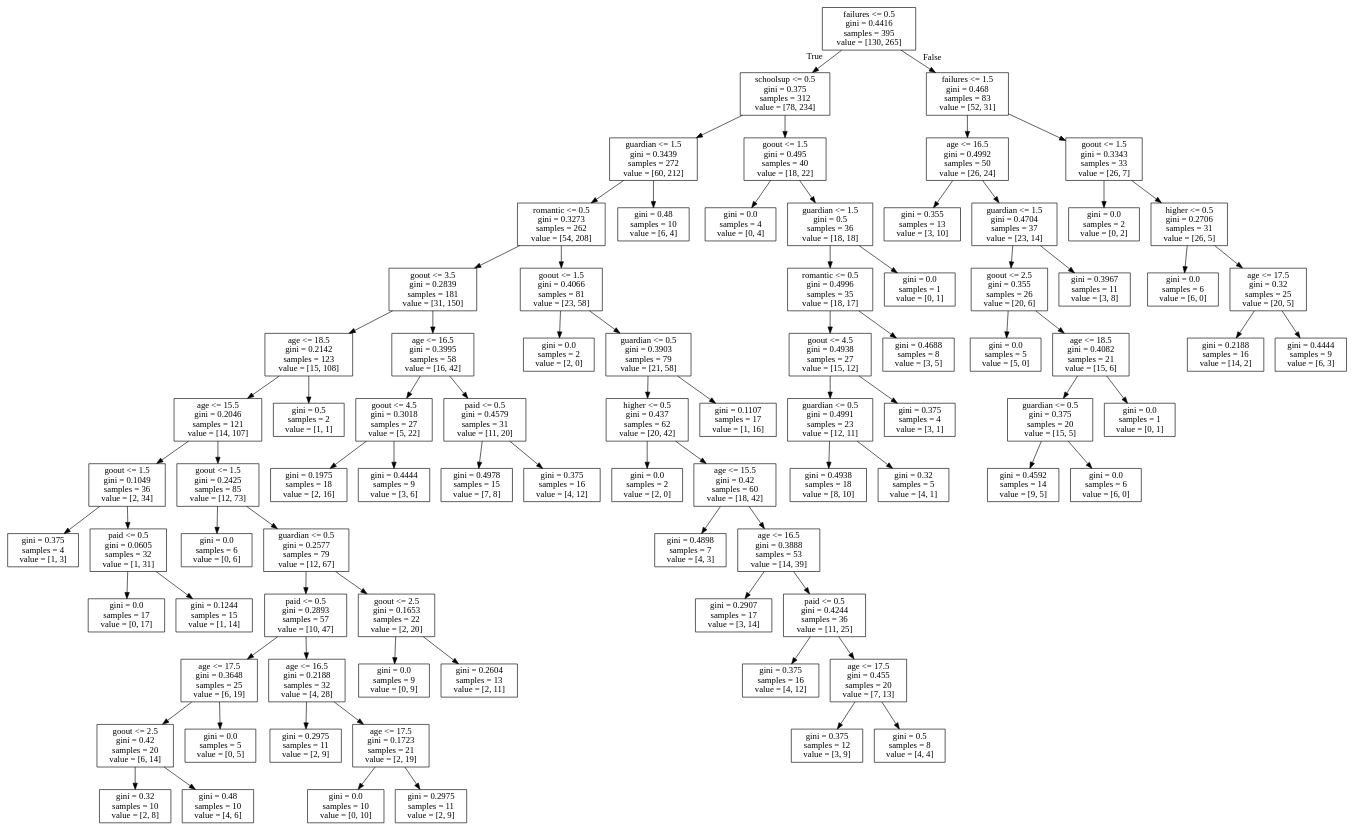
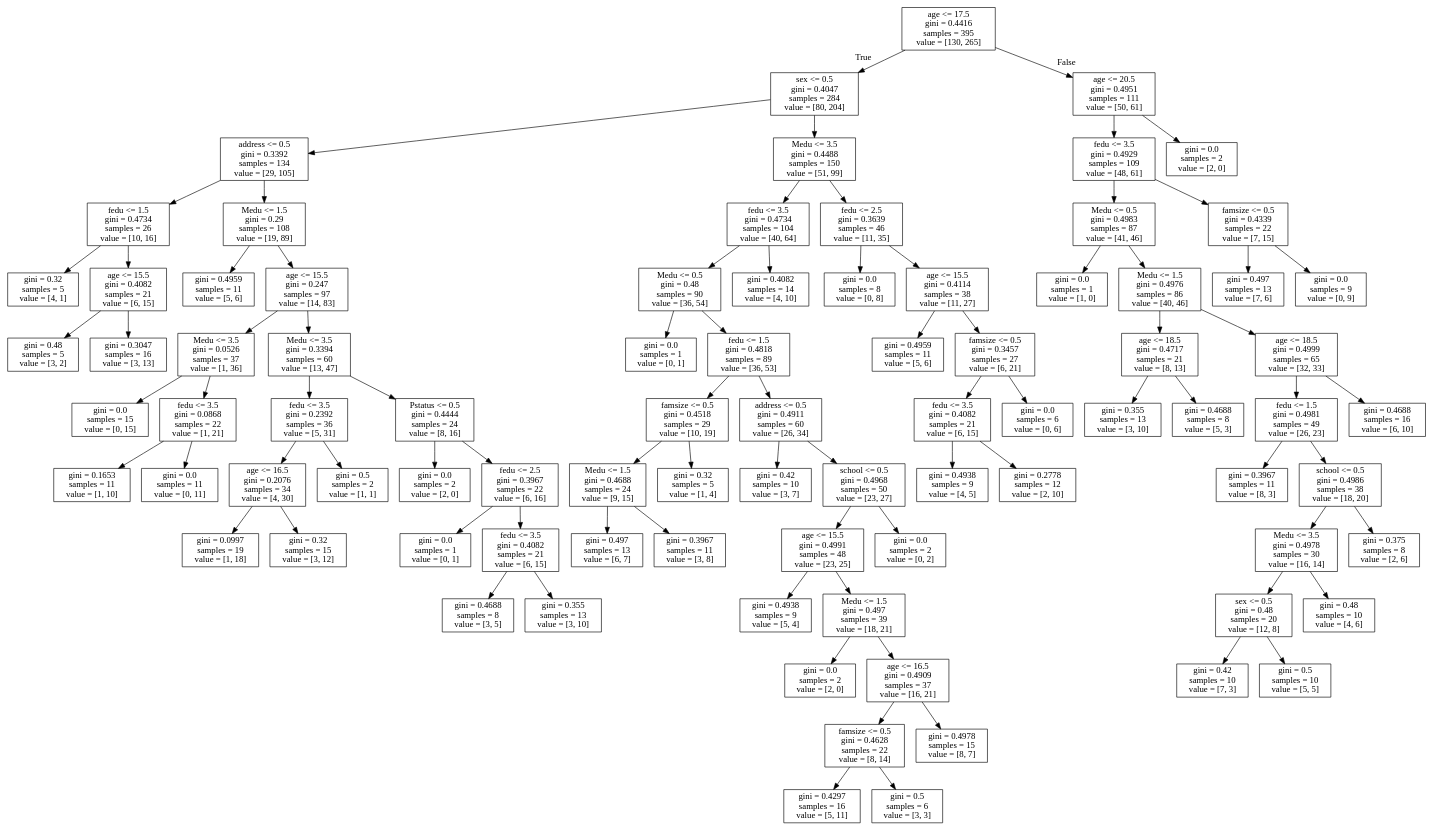
Before and after one commit to Ddetry/project_Classification: the diagram in dt.dot, drawn with Graphviz. The commit also changed 4 other files, not shown here.

```diff
--- a/dt.dot
+++ b/dt.dot
@@ -1,168 +1,172 @@
 digraph Tree {
 node [shape=box] ;
-0 [label="failures <= 0.5\ngini = 0.4416\nsamples = 395\nvalue = [130, 265]"] ;
-1 [label="schoolsup <= 0.5\ngini = 0.375\nsamples = 312\nvalue = [78, 234]"] ;
+0 [label="age <= 17.5\ngini = 0.4416\nsamples = 395\nvalue = [130, 265]"] ;
+1 [label="sex <= 0.5\ngini = 0.4047\nsamples = 284\nvalue = [80, 204]"] ;
 0 -> 1 [labeldistance=2.5, labelangle=45, headlabel="True"] ;
-2 [label="guardian <= 1.5\ngini = 0.3439\nsamples = 272\nvalue = [60, 212]"] ;
+2 [label="address <= 0.5\ngini = 0.3392\nsamples = 134\nvalue = [29, 105]"] ;
 1 -> 2 ;
-3 [label="romantic <= 0.5\ngini = 0.3273\nsamples = 262\nvalue = [54, 208]"] ;
+3 [label="fedu <= 1.5\ngini = 0.4734\nsamples = 26\nvalue = [10, 16]"] ;
 2 -> 3 ;
-4 [label="goout <= 3.5\ngini = 0.2839\nsamples = 181\nvalue = [31, 150]"] ;
+4 [label="gini = 0.32\nsamples = 5\nvalue = [4, 1]"] ;
 3 -> 4 ;
-5 [label="age <= 18.5\ngini = 0.2142\nsamples = 123\nvalue = [15, 108]"] ;
-4 -> 5 ;
-6 [label="age <= 15.5\ngini = 0.2046\nsamples = 121\nvalue = [14, 107]"] ;
+5 [label="age <= 15.5\ngini = 0.4082\nsamples = 21\nvalue = [6, 15]"] ;
+3 -> 5 ;
+6 [label="gini = 0.48\nsamples = 5\nvalue = [3, 2]"] ;
 5 -> 6 ;
-7 [label="goout <= 1.5\ngini = 0.1049\nsamples = 36\nvalue = [2, 34]"] ;
-6 -> 7 ;
-8 [label="gini = 0.375\nsamples = 4\nvalue = [1, 3]"] ;
-7 -> 8 ;
-9 [label="paid <= 0.5\ngini = 0.0605\nsamples = 32\nvalue = [1, 31]"] ;
-7 -> 9 ;
-10 [label="gini = 0.0\nsamples = 17\nvalue = [0, 17]"] ;
-9 -> 10 ;
-11 [label="gini = 0.1244\nsamples = 15\nvalue = [1, 14]"] ;
-9 -> 11 ;
-12 [label="goout <= 1.5\ngini = 0.2425\nsamples = 85\nvalue = [12, 73]"] ;
-6 -> 12 ;
-13 [label="gini = 0.0\nsamples = 6\nvalue = [0, 6]"] ;
-12 -> 13 ;
-14 [label="guardian <= 0.5\ngini = 0.2577\nsamples = 79\nvalue = [12, 67]"] ;
-12 -> 14 ;
-15 [label="paid <= 0.5\ngini = 0.2893\nsamples = 57\nvalue = [10, 47]"] ;
-14 -> 15 ;
-16 [label="age <= 17.5\ngini = 0.3648\nsamples = 25\nvalue = [6, 19]"] ;
-15 -> 16 ;
-17 [label="goout <= 2.5\ngini = 0.42\nsamples = 20\nvalue = [6, 14]"] ;
+7 [label="gini = 0.3047\nsamples = 16\nvalue = [3, 13]"] ;
+5 -> 7 ;
+8 [label="Medu <= 1.5\ngini = 0.29\nsamples = 108\nvalue = [19, 89]"] ;
+2 -> 8 ;
+9 [label="gini = 0.4959\nsamples = 11\nvalue = [5, 6]"] ;
+8 -> 9 ;
+10 [label="age <= 15.5\ngini = 0.247\nsamples = 97\nvalue = [14, 83]"] ;
+8 -> 10 ;
+11 [label="Medu <= 3.5\ngini = 0.0526\nsamples = 37\nvalue = [1, 36]"] ;
+10 -> 11 ;
+12 [label="gini = 0.0\nsamples = 15\nvalue = [0, 15]"] ;
+11 -> 12 ;
+13 [label="fedu <= 3.5\ngini = 0.0868\nsamples = 22\nvalue = [1, 21]"] ;
+11 -> 13 ;
+14 [label="gini = 0.1653\nsamples = 11\nvalue = [1, 10]"] ;
+13 -> 14 ;
+15 [label="gini = 0.0\nsamples = 11\nvalue = [0, 11]"] ;
+13 -> 15 ;
+16 [label="Medu <= 3.5\ngini = 0.3394\nsamples = 60\nvalue = [13, 47]"] ;
+10 -> 16 ;
+17 [label="fedu <= 3.5\ngini = 0.2392\nsamples = 36\nvalue = [5, 31]"] ;
 16 -> 17 ;
-18 [label="gini = 0.32\nsamples = 10\nvalue = [2, 8]"] ;
+18 [label="age <= 16.5\ngini = 0.2076\nsamples = 34\nvalue = [4, 30]"] ;
 17 -> 18 ;
-19 [label="gini = 0.48\nsamples = 10\nvalue = [4, 6]"] ;
-17 -> 19 ;
-20 [label="gini = 0.0\nsamples = 5\nvalue = [0, 5]"] ;
-16 -> 20 ;
-21 [label="age <= 16.5\ngini = 0.2188\nsamples = 32\nvalue = [4, 28]"] ;
-15 -> 21 ;
-22 [label="gini = 0.2975\nsamples = 11\nvalue = [2, 9]"] ;
-21 -> 22 ;
-23 [label="age <= 17.5\ngini = 0.1723\nsamples = 21\nvalue = [2, 19]"] ;
-21 -> 23 ;
-24 [label="gini = 0.0\nsamples = 10\nvalue = [0, 10]"] ;
-23 -> 24 ;
-25 [label="gini = 0.2975\nsamples = 11\nvalue = [2, 9]"] ;
-23 -> 25 ;
-26 [label="goout <= 2.5\ngini = 0.1653\nsamples = 22\nvalue = [2, 20]"] ;
-14 -> 26 ;
-27 [label="gini = 0.0\nsamples = 9\nvalue = [0, 9]"] ;
+19 [label="gini = 0.0997\nsamples = 19\nvalue = [1, 18]"] ;
+18 -> 19 ;
+20 [label="gini = 0.32\nsamples = 15\nvalue = [3, 12]"] ;
+18 -> 20 ;
+21 [label="gini = 0.5\nsamples = 2\nvalue = [1, 1]"] ;
+17 -> 21 ;
+22 [label="Pstatus <= 0.5\ngini = 0.4444\nsamples = 24\nvalue = [8, 16]"] ;
+16 -> 22 ;
+23 [label="gini = 0.0\nsamples = 2\nvalue = [2, 0]"] ;
+22 -> 23 ;
+24 [label="fedu <= 2.5\ngini = 0.3967\nsamples = 22\nvalue = [6, 16]"] ;
+22 -> 24 ;
+25 [label="gini = 0.0\nsamples = 1\nvalue = [0, 1]"] ;
+24 -> 25 ;
+26 [label="fedu <= 3.5\ngini = 0.4082\nsamples = 21\nvalue = [6, 15]"] ;
+24 -> 26 ;
+27 [label="gini = 0.4688\nsamples = 8\nvalue = [3, 5]"] ;
 26 -> 27 ;
-28 [label="gini = 0.2604\nsamples = 13\nvalue = [2, 11]"] ;
+28 [label="gini = 0.355\nsamples = 13\nvalue = [3, 10]"] ;
 26 -> 28 ;
-29 [label="gini = 0.5\nsamples = 2\nvalue = [1, 1]"] ;
-5 -> 29 ;
-30 [label="age <= 16.5\ngini = 0.3995\nsamples = 58\nvalue = [16, 42]"] ;
-4 -> 30 ;
-31 [label="goout <= 4.5\ngini = 0.3018\nsamples = 27\nvalue = [5, 22]"] ;
+29 [label="Medu <= 3.5\ngini = 0.4488\nsamples = 150\nvalue = [51, 99]"] ;
+1 -> 29 ;
+30 [label="fedu <= 3.5\ngini = 0.4734\nsamples = 104\nvalue = [40, 64]"] ;
+29 -> 30 ;
+31 [label="Medu <= 0.5\ngini = 0.48\nsamples = 90\nvalue = [36, 54]"] ;
 30 -> 31 ;
-32 [label="gini = 0.1975\nsamples = 18\nvalue = [2, 16]"] ;
+32 [label="gini = 0.0\nsamples = 1\nvalue = [0, 1]"] ;
 31 -> 32 ;
-33 [label="gini = 0.4444\nsamples = 9\nvalue = [3, 6]"] ;
+33 [label="fedu <= 1.5\ngini = 0.4818\nsamples = 89\nvalue = [36, 53]"] ;
 31 -> 33 ;
-34 [label="paid <= 0.5\ngini = 0.4579\nsamples = 31\nvalue = [11, 20]"] ;
-30 -> 34 ;
-35 [label="gini = 0.4978\nsamples = 15\nvalue = [7, 8]"] ;
+34 [label="famsize <= 0.5\ngini = 0.4518\nsamples = 29\nvalue = [10, 19]"] ;
+33 -> 34 ;
+35 [label="Medu <= 1.5\ngini = 0.4688\nsamples = 24\nvalue = [9, 15]"] ;
 34 -> 35 ;
-36 [label="gini = 0.375\nsamples = 16\nvalue = [4, 12]"] ;
-34 -> 36 ;
-37 [label="goout <= 1.5\ngini = 0.4066\nsamples = 81\nvalue = [23, 58]"] ;
-3 -> 37 ;
-38 [label="gini = 0.0\nsamples = 2\nvalue = [2, 0]"] ;
-37 -> 38 ;
-39 [label="guardian <= 0.5\ngini = 0.3903\nsamples = 79\nvalue = [21, 58]"] ;
-37 -> 39 ;
-40 [label="higher <= 0.5\ngini = 0.437\nsamples = 62\nvalue = [20, 42]"] ;
+36 [label="gini = 0.497\nsamples = 13\nvalue = [6, 7]"] ;
+35 -> 36 ;
+37 [label="gini = 0.3967\nsamples = 11\nvalue = [3, 8]"] ;
+35 -> 37 ;
+38 [label="gini = 0.32\nsamples = 5\nvalue = [1, 4]"] ;
+34 -> 38 ;
+39 [label="address <= 0.5\ngini = 0.4911\nsamples = 60\nvalue = [26, 34]"] ;
+33 -> 39 ;
+40 [label="gini = 0.42\nsamples = 10\nvalue = [3, 7]"] ;
 39 -> 40 ;
-41 [label="gini = 0.0\nsamples = 2\nvalue = [2, 0]"] ;
-40 -> 41 ;
-42 [label="age <= 15.5\ngini = 0.42\nsamples = 60\nvalue = [18, 42]"] ;
-40 -> 42 ;
-43 [label="gini = 0.4898\nsamples = 7\nvalue = [4, 3]"] ;
+41 [label="school <= 0.5\ngini = 0.4968\nsamples = 50\nvalue = [23, 27]"] ;
+39 -> 41 ;
+42 [label="age <= 15.5\ngini = 0.4991\nsamples = 48\nvalue = [23, 25]"] ;
+41 -> 42 ;
+43 [label="gini = 0.4938\nsamples = 9\nvalue = [5, 4]"] ;
 42 -> 43 ;
-44 [label="age <= 16.5\ngini = 0.3888\nsamples = 53\nvalue = [14, 39]"] ;
+44 [label="Medu <= 1.5\ngini = 0.497\nsamples = 39\nvalue = [18, 21]"] ;
 42 -> 44 ;
-45 [label="gini = 0.2907\nsamples = 17\nvalue = [3, 14]"] ;
+45 [label="gini = 0.0\nsamples = 2\nvalue = [2, 0]"] ;
 44 -> 45 ;
-46 [label="paid <= 0.5\ngini = 0.4244\nsamples = 36\nvalue = [11, 25]"] ;
+46 [label="age <= 16.5\ngini = 0.4909\nsamples = 37\nvalue = [16, 21]"] ;
 44 -> 46 ;
-47 [label="gini = 0.375\nsamples = 16\nvalue = [4, 12]"] ;
+47 [label="famsize <= 0.5\ngini = 0.4628\nsamples = 22\nvalue = [8, 14]"] ;
 46 -> 47 ;
-48 [label="age <= 17.5\ngini = 0.455\nsamples = 20\nvalue = [7, 13]"] ;
-46 -> 48 ;
-49 [label="gini = 0.375\nsamples = 12\nvalue = [3, 9]"] ;
-48 -> 49 ;
-50 [label="gini = 0.5\nsamples = 8\nvalue = [4, 4]"] ;
-48 -> 50 ;
-51 [label="gini = 0.1107\nsamples = 17\nvalue = [1, 16]"] ;
-39 -> 51 ;
-52 [label="gini = 0.48\nsamples = 10\nvalue = [6, 4]"] ;
-2 -> 52 ;
-53 [label="goout <= 1.5\ngini = 0.495\nsamples = 40\nvalue = [18, 22]"] ;
-1 -> 53 ;
-54 [label="gini = 0.0\nsamples = 4\nvalue = [0, 4]"] ;
+48 [label="gini = 0.4297\nsamples = 16\nvalue = [5, 11]"] ;
+47 -> 48 ;
+49 [label="gini = 0.5\nsamples = 6\nvalue = [3, 3]"] ;
+47 -> 49 ;
+50 [label="gini = 0.4978\nsamples = 15\nvalue = [8, 7]"] ;
+46 -> 50 ;
+51 [label="gini = 0.0\nsamples = 2\nvalue = [0, 2]"] ;
+41 -> 51 ;
+52 [label="gini = 0.4082\nsamples = 14\nvalue = [4, 10]"] ;
+30 -> 52 ;
+53 [label="fedu <= 2.5\ngini = 0.3639\nsamples = 46\nvalue = [11, 35]"] ;
+29 -> 53 ;
+54 [label="gini = 0.0\nsamples = 8\nvalue = [0, 8]"] ;
 53 -> 54 ;
-55 [label="guardian <= 1.5\ngini = 0.5\nsamples = 36\nvalue = [18, 18]"] ;
+55 [label="age <= 15.5\ngini = 0.4114\nsamples = 38\nvalue = [11, 27]"] ;
 53 -> 55 ;
-56 [label="romantic <= 0.5\ngini = 0.4996\nsamples = 35\nvalue = [18, 17]"] ;
+56 [label="gini = 0.4959\nsamples = 11\nvalue = [5, 6]"] ;
 55 -> 56 ;
-57 [label="goout <= 4.5\ngini = 0.4938\nsamples = 27\nvalue = [15, 12]"] ;
-56 -> 57 ;
-58 [label="guardian <= 0.5\ngini = 0.4991\nsamples = 23\nvalue = [12, 11]"] ;
+57 [label="famsize <= 0.5\ngini = 0.3457\nsamples = 27\nvalue = [6, 21]"] ;
+55 -> 57 ;
+58 [label="fedu <= 3.5\ngini = 0.4082\nsamples = 21\nvalue = [6, 15]"] ;
 57 -> 58 ;
-59 [label="gini = 0.4938\nsamples = 18\nvalue = [8, 10]"] ;
+59 [label="gini = 0.4938\nsamples = 9\nvalue = [4, 5]"] ;
 58 -> 59 ;
-60 [label="gini = 0.32\nsamples = 5\nvalue = [4, 1]"] ;
+60 [label="gini = 0.2778\nsamples = 12\nvalue = [2, 10]"] ;
 58 -> 60 ;
-61 [label="gini = 0.375\nsamples = 4\nvalue = [3, 1]"] ;
+61 [label="gini = 0.0\nsamples = 6\nvalue = [0, 6]"] ;
 57 -> 61 ;
-62 [label="gini = 0.4688\nsamples = 8\nvalue = [3, 5]"] ;
-56 -> 62 ;
-63 [label="gini = 0.0\nsamples = 1\nvalue = [0, 1]"] ;
-55 -> 63 ;
-64 [label="failures <= 1.5\ngini = 0.468\nsamples = 83\nvalue = [52, 31]"] ;
-0 -> 64 [labeldistance=2.5, labelangle=-45, headlabel="False"] ;
-65 [label="age <= 16.5\ngini = 0.4992\nsamples = 50\nvalue = [26, 24]"] ;
+62 [label="age <= 20.5\ngini = 0.4951\nsamples = 111\nvalue = [50, 61]"] ;
+0 -> 62 [labeldistance=2.5, labelangle=-45, headlabel="False"] ;
+63 [label="fedu <= 3.5\ngini = 0.4929\nsamples = 109\nvalue = [48, 61]"] ;
+62 -> 63 ;
+64 [label="Medu <= 0.5\ngini = 0.4983\nsamples = 87\nvalue = [41, 46]"] ;
+63 -> 64 ;
+65 [label="gini = 0.0\nsamples = 1\nvalue = [1, 0]"] ;
 64 -> 65 ;
-66 [label="gini = 0.355\nsamples = 13\nvalue = [3, 10]"] ;
-65 -> 66 ;
-67 [label="guardian <= 1.5\ngini = 0.4704\nsamples = 37\nvalue = [23, 14]"] ;
-65 -> 67 ;
-68 [label="goout <= 2.5\ngini = 0.355\nsamples = 26\nvalue = [20, 6]"] ;
+66 [label="Medu <= 1.5\ngini = 0.4976\nsamples = 86\nvalue = [40, 46]"] ;
+64 -> 66 ;
+67 [label="age <= 18.5\ngini = 0.4717\nsamples = 21\nvalue = [8, 13]"] ;
+66 -> 67 ;
+68 [label="gini = 0.355\nsamples = 13\nvalue = [3, 10]"] ;
 67 -> 68 ;
-69 [label="gini = 0.0\nsamples = 5\nvalue = [5, 0]"] ;
-68 -> 69 ;
-70 [label="age <= 18.5\ngini = 0.4082\nsamples = 21\nvalue = [15, 6]"] ;
-68 -> 70 ;
-71 [label="guardian <= 0.5\ngini = 0.375\nsamples = 20\nvalue = [15, 5]"] ;
+69 [label="gini = 0.4688\nsamples = 8\nvalue = [5, 3]"] ;
+67 -> 69 ;
+70 [label="age <= 18.5\ngini = 0.4999\nsamples = 65\nvalue = [32, 33]"] ;
+66 -> 70 ;
+71 [label="fedu <= 1.5\ngini = 0.4981\nsamples = 49\nvalue = [26, 23]"] ;
 70 -> 71 ;
-72 [label="gini = 0.4592\nsamples = 14\nvalue = [9, 5]"] ;
+72 [label="gini = 0.3967\nsamples = 11\nvalue = [8, 3]"] ;
 71 -> 72 ;
-73 [label="gini = 0.0\nsamples = 6\nvalue = [6, 0]"] ;
+73 [label="school <= 0.5\ngini = 0.4986\nsamples = 38\nvalue = [18, 20]"] ;
 71 -> 73 ;
-74 [label="gini = 0.0\nsamples = 1\nvalue = [0, 1]"] ;
-70 -> 74 ;
-75 [label="gini = 0.3967\nsamples = 11\nvalue = [3, 8]"] ;
-67 -> 75 ;
-76 [label="goout <= 1.5\ngini = 0.3343\nsamples = 33\nvalue = [26, 7]"] ;
-64 -> 76 ;
-77 [label="gini = 0.0\nsamples = 2\nvalue = [0, 2]"] ;
-76 -> 77 ;
-78 [label="higher <= 0.5\ngini = 0.2706\nsamples = 31\nvalue = [26, 5]"] ;
-76 -> 78 ;
-79 [label="gini = 0.0\nsamples = 6\nvalue = [6, 0]"] ;
-78 -> 79 ;
-80 [label="age <= 17.5\ngini = 0.32\nsamples = 25\nvalue = [20, 5]"] ;
-78 -> 80 ;
-81 [label="gini = 0.2188\nsamples = 16\nvalue = [14, 2]"] ;
-80 -> 81 ;
-82 [label="gini = 0.4444\nsamples = 9\nvalue = [6, 3]"] ;
-80 -> 82 ;
+74 [label="Medu <= 3.5\ngini = 0.4978\nsamples = 30\nvalue = [16, 14]"] ;
+73 -> 74 ;
+75 [label="sex <= 0.5\ngini = 0.48\nsamples = 20\nvalue = [12, 8]"] ;
+74 -> 75 ;
+76 [label="gini = 0.42\nsamples = 10\nvalue = [7, 3]"] ;
+75 -> 76 ;
+77 [label="gini = 0.5\nsamples = 10\nvalue = [5, 5]"] ;
+75 -> 77 ;
+78 [label="gini = 0.48\nsamples = 10\nvalue = [4, 6]"] ;
+74 -> 78 ;
+79 [label="gini = 0.375\nsamples = 8\nvalue = [2, 6]"] ;
+73 -> 79 ;
+80 [label="gini = 0.4688\nsamples = 16\nvalue = [6, 10]"] ;
+70 -> 80 ;
+81 [label="famsize <= 0.5\ngini = 0.4339\nsamples = 22\nvalue = [7, 15]"] ;
+63 -> 81 ;
+82 [label="gini = 0.497\nsamples = 13\nvalue = [7, 6]"] ;
+81 -> 82 ;
+83 [label="gini = 0.0\nsamples = 9\nvalue = [0, 9]"] ;
+81 -> 83 ;
+84 [label="gini = 0.0\nsamples = 2\nvalue = [2, 0]"] ;
+62 -> 84 ;
 }
```
